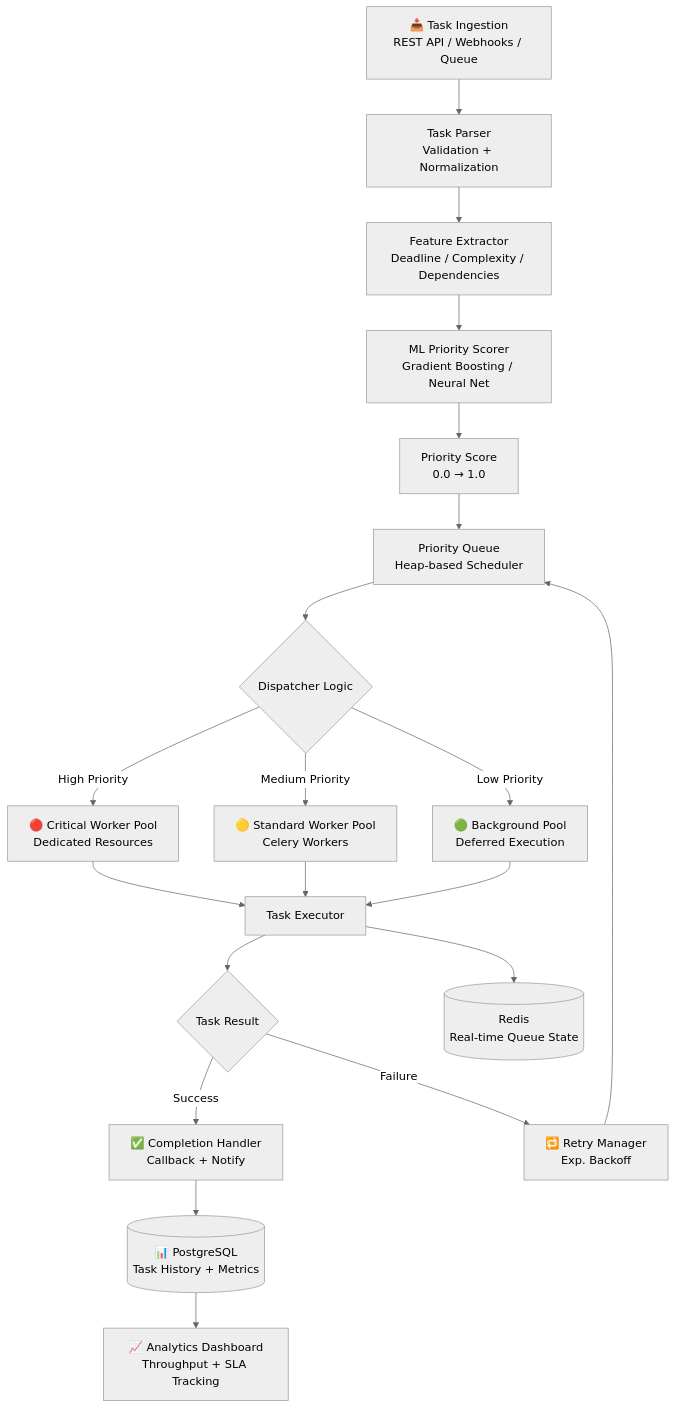
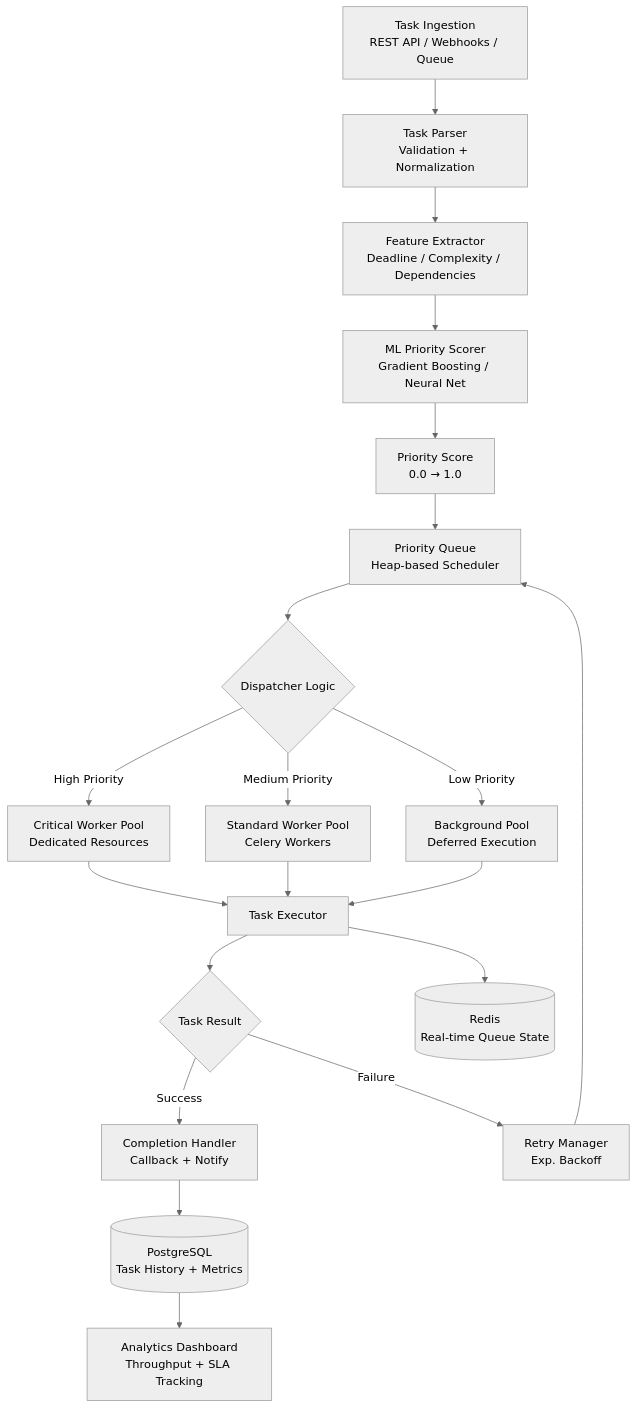
Before and after one commit to jadfarhat-cell/priority-task-dispatcher: the diagram in README.md, drawn with Mermaid (neutral theme). The commit also changed other lines of this file, not shown here.

Commit message:
Remove all emojis from README

````diff
--- a/README.md
+++ b/README.md
@@ -7,28 +7,28 @@
 ```mermaid
 flowchart TD
-    A[📥 Task Ingestion\nREST API / Webhooks / Queue] --> B[Task Parser\nValidation + Normalization]
-    B --> C[Feature Extractor\nDeadline / Complexity / Dependencies]
-    C --> D[ML Priority Scorer\nGradient Boosting / Neural Net]
-    D --> E[Priority Score\n0.0 → 1.0]
-    
-    E --> F[Priority Queue\nHeap-based Scheduler]
-    
-    F --> G{Dispatcher Logic}
-    G -->|High Priority| H[🔴 Critical Worker Pool\nDedicated Resources]
-    G -->|Medium Priority| I[🟡 Standard Worker Pool\nCelery Workers]
-    G -->|Low Priority| J[🟢 Background Pool\nDeferred Execution]
-    
-    H --> K[Task Executor]
-    I --> K
-    J --> K
-    
-    K --> L{Task Result}
-    L -- Success --> M[✅ Completion Handler\nCallback + Notify]
-    L -- Failure --> N[🔁 Retry Manager\nExp. Backoff]
-    N --> F
-    
-    M --> O[(📊 PostgreSQL\nTask History + Metrics)]
-    K --> P[(Redis\nReal-time Queue State)]
-    
-    O --> Q[📈 Analytics Dashboard\nThroughput + SLA Tracking]
+ A[ Task Ingestion\nREST API / Webhooks / Queue] --> B[Task Parser\nValidation + Normalization]
+ B --> C[Feature Extractor\nDeadline / Complexity / Dependencies]
+ C --> D[ML Priority Scorer\nGradient Boosting / Neural Net]
+ D --> E[Priority Score\n0.0 → 1.0]
+ 
+ E --> F[Priority Queue\nHeap-based Scheduler]
+ 
+ F --> G{Dispatcher Logic}
+ G -->|High Priority| H[ Critical Worker Pool\nDedicated Resources]
+ G -->|Medium Priority| I[ Standard Worker Pool\nCelery Workers]
+ G -->|Low Priority| J[ Background Pool\nDeferred Execution]
+ 
+ H --> K[Task Executor]
+ I --> K
+ J --> K
+ 
+ K --> L{Task Result}
+ L -- Success --> M[ Completion Handler\nCallback + Notify]
+ L -- Failure --> N[ Retry Manager\nExp. Backoff]
+ N --> F
+ 
+ M --> O[( PostgreSQL\nTask History + Metrics)]
+ K --> P[(Redis\nReal-time Queue State)]
+ 
+ O --> Q[ Analytics Dashboard\nThroughput + SLA Tracking]
 ```
````
